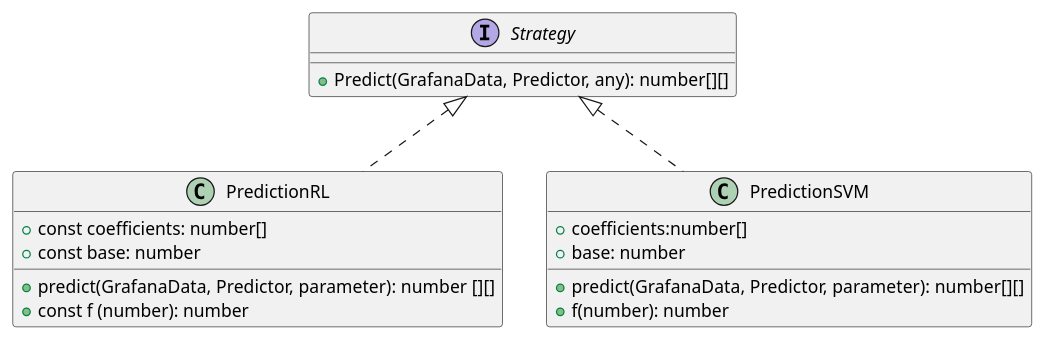
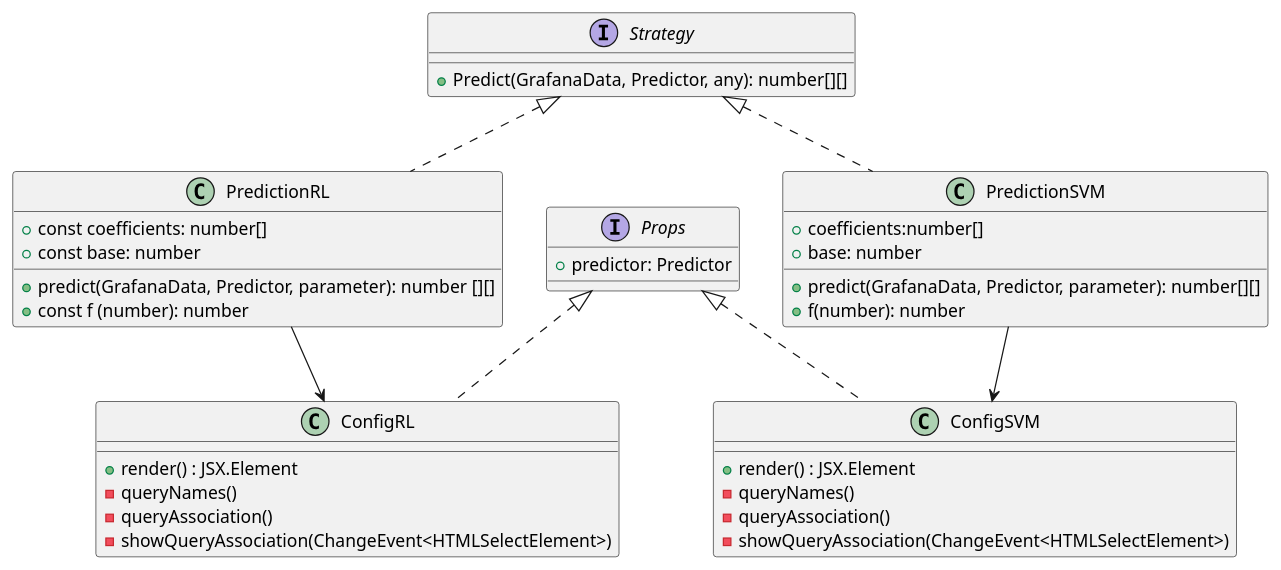
The diagram in esterni/diagrammi/diagrammi-grafana-plugin/src/strategy.plantuml (sofiabononi/project-docs), drawn with PlantUML before and after one commit. The commit also changed 10 other files, not shown here.

Commit message:
docs: correggi diagrammi plugin

```diff
--- a/esterni/diagrammi/diagrammi-grafana-plugin/src/strategy.plantuml
+++ b/esterni/diagrammi/diagrammi-grafana-plugin/src/strategy.plantuml
@@ -1,28 +1,47 @@
 @startuml
 
+interface Props{
+    + predictor: Predictor
+
+}
 
 interface Strategy{
     + Predict(GrafanaData, Predictor, any): number[][]
 }
-
-
 
 
 class PredictionRL implements Strategy{
     + const coefficients: number[]
     + const base: number
     + predict(GrafanaData, Predictor, parameter): number [][]
     + const f (number): number
   
 }
 
 class PredictionSVM implements Strategy{
     + predict(GrafanaData, Predictor, parameter): number[][]
     + coefficients:number[]
     + base: number
     + f(number): number
 }
 
 
+class ConfigRL implements Props {
+    + render() : JSX.Element
+    - queryNames()
+    - queryAssociation()
+    - showQueryAssociation(ChangeEvent<HTMLSelectElement>)
+}
+
+class ConfigSVM implements Props {
+     + render() : JSX.Element
+    - queryNames()
+    - queryAssociation()
+    - showQueryAssociation(ChangeEvent<HTMLSelectElement>)
+}
+
+
+PredictionRL-->ConfigRL
+PredictionSVM-->ConfigSVM
 
 @enduml
```
